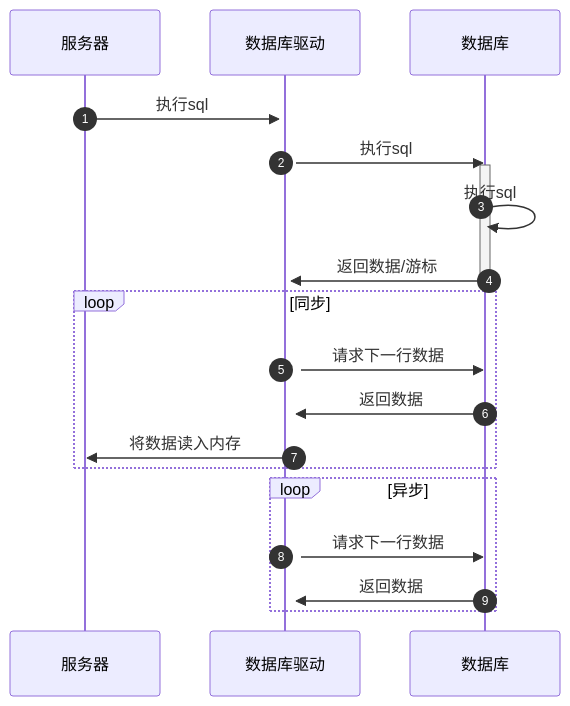
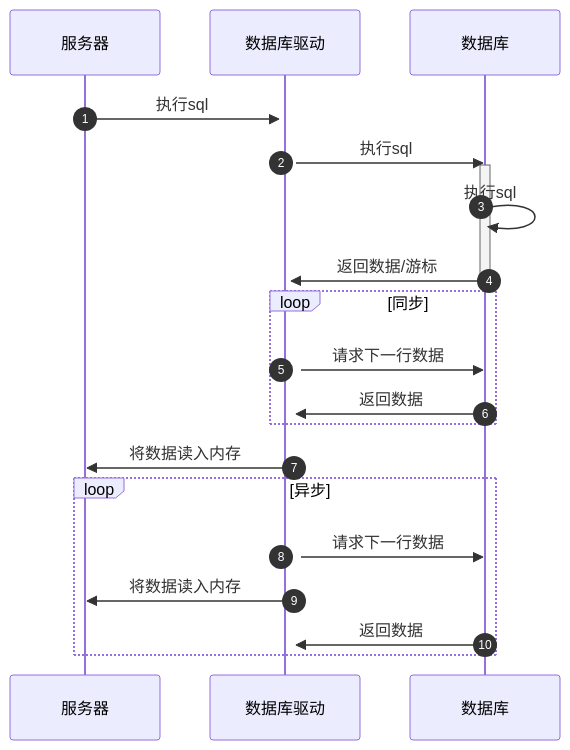
One commit to HY-10-8/iodraw-files changed the diagram in all/AI-服务查询数据.md. Above: the diagram before and after it, drawn with Mermaid.

Commit message:
2025-11-27 17:45:11 update

````diff
--- a/all/AI-服务查询数据.md
+++ b/all/AI-服务查询数据.md
@@ -1,23 +1,24 @@
 ```mermaid
 sequenceDiagram
     autonumber
     服务器->>+数据库驱动: 执行sql
     数据库驱动->>数据库:执行sql
 
     activate 数据库
     数据库->>数据库: 执行sql
     数据库->>+数据库驱动: 返回数据/游标
     deactivate 数据库
 
     loop 同步
         数据库驱动->>数据库: 请求下一行数据
         数据库->>数据库驱动: 返回数据
+    end
         数据库驱动->>服务器: 将数据读入内存
-    end
 
     loop 异步
         数据库驱动->>数据库: 请求下一行数据
+        数据库驱动->>服务器: 将数据读入内存
         数据库->>数据库驱动: 返回数据
     end
 
 ```
````
